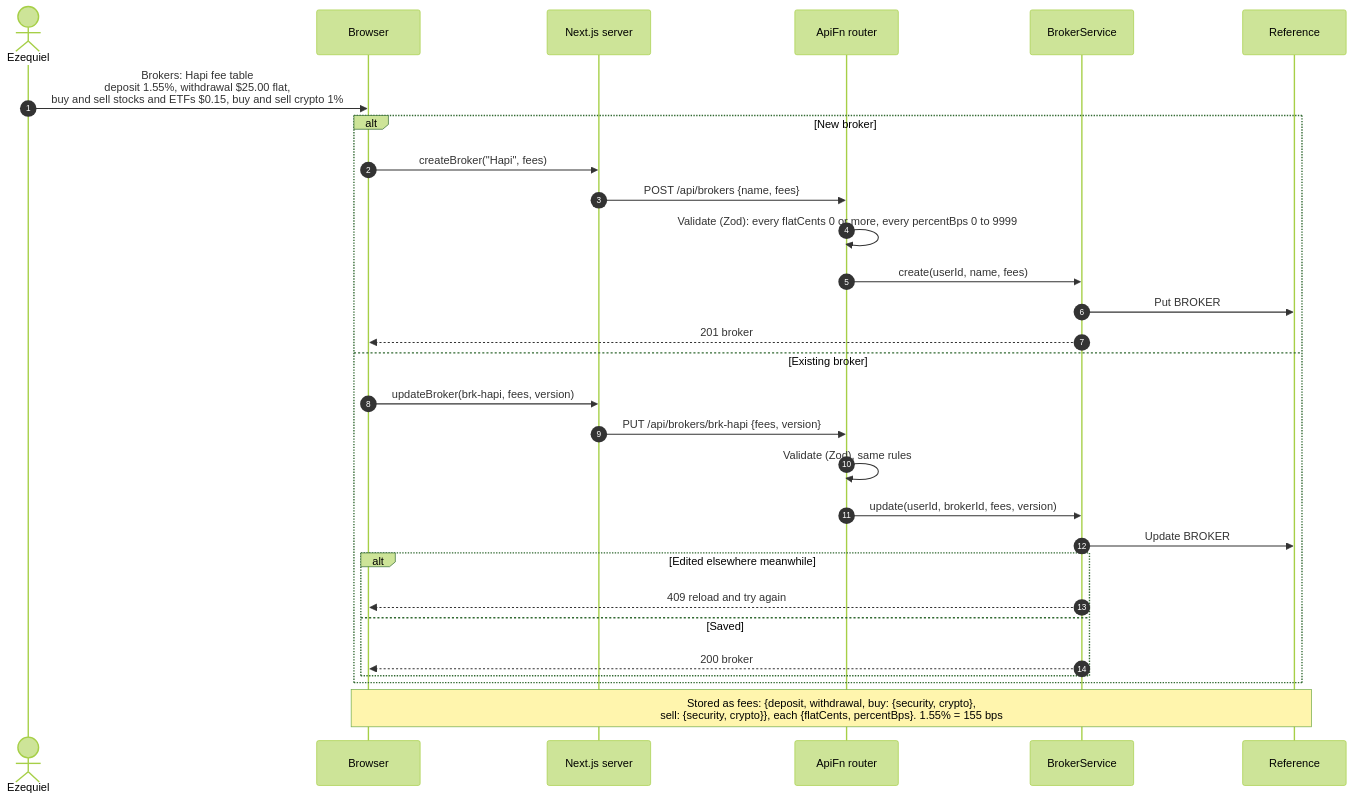
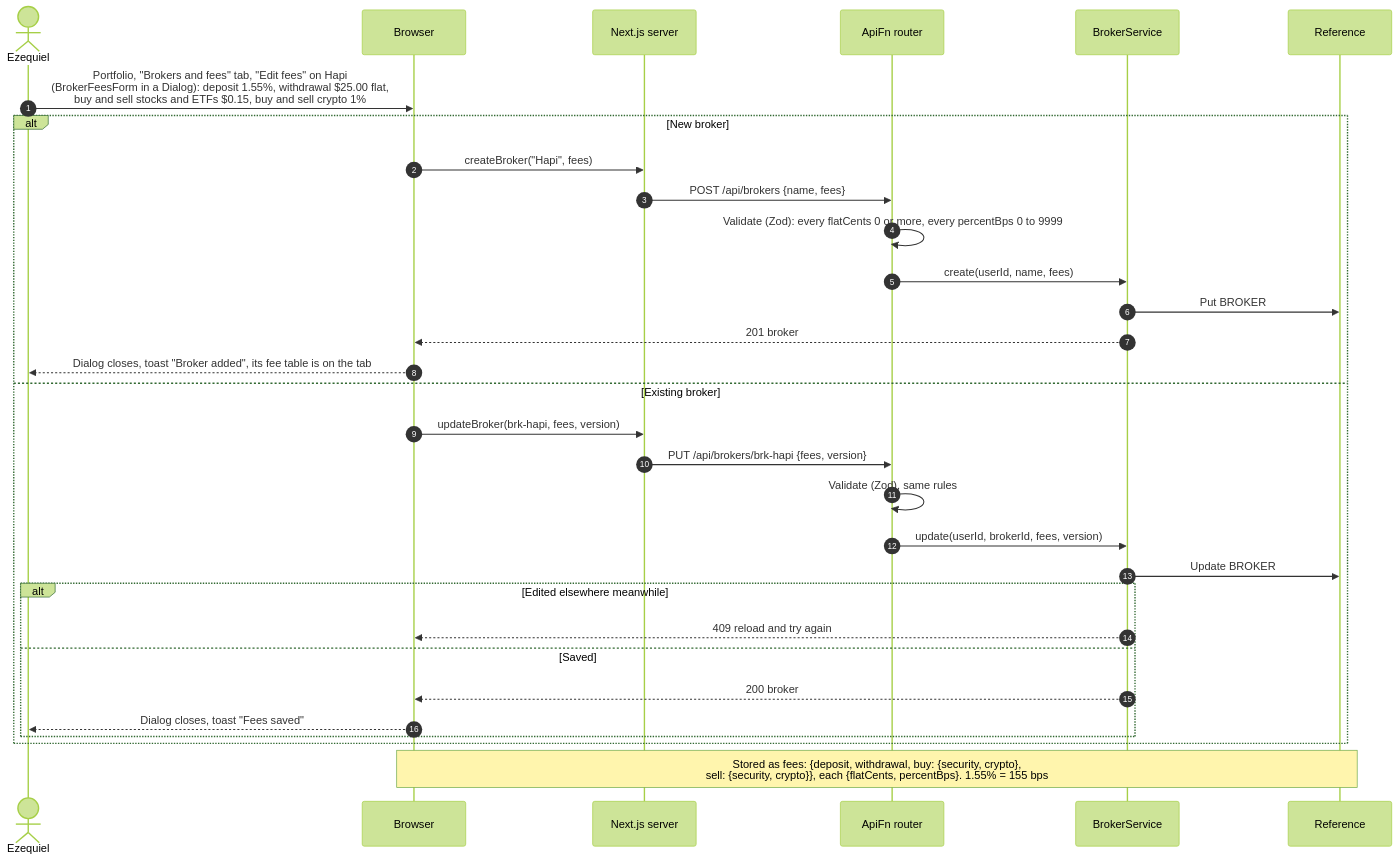
One commit to Ezequiel294/cs3365-finance-app changed the fourth of 6 diagrams in docs/diagrams/sequences/07-investments-and-net-worth.md. Above: the diagram before and after it, drawn with Mermaid (forest theme). The commit also changed other lines of this file and 18 other files, not shown here.

Commit message:
attempt 3 design/architecture changes

````diff
--- a/docs/diagrams/sequences/07-investments-and-net-worth.md
+++ b/docs/diagrams/sequences/07-investments-and-net-worth.md
@@ -168,32 +240,34 @@
 ```mermaid
 sequenceDiagram
     autonumber
     actor U as Ezequiel
     participant UI as Browser
     participant Web as Next.js server
     participant API as ApiFn router
     participant BrS as BrokerService
     participant Ref as Reference
 
-    U->>UI: Brokers: Hapi fee table<br/>deposit 1.55%, withdrawal $25.00 flat,<br/>buy and sell stocks and ETFs $0.15, buy and sell crypto 1%
+    U->>UI: Portfolio, "Brokers and fees" tab, "Edit fees" on Hapi<br/>(BrokerFeesForm in a Dialog): deposit 1.55%, withdrawal $25.00 flat,<br/>buy and sell stocks and ETFs $0.15, buy and sell crypto 1%
     alt New broker
         UI->>Web: createBroker("Hapi", fees)
         Web->>API: POST /api/brokers {name, fees}
         API->>API: Validate (Zod): every flatCents 0 or more, every percentBps 0 to 9999
         API->>BrS: create(userId, name, fees)
         BrS->>Ref: Put BROKER#id (version 1)
         BrS-->>UI: 201 broker
+        UI-->>U: Dialog closes, toast "Broker added", its fee table is on the tab
     else Existing broker
         UI->>Web: updateBroker(brk-hapi, fees, version)
         Web->>API: PUT /api/brokers/brk-hapi {fees, version}
         API->>API: Validate (Zod), same rules
         API->>BrS: update(userId, brokerId, fees, version)
         BrS->>Ref: Update BROKER#brk-hapi (version condition)
         alt Edited elsewhere meanwhile
             BrS-->>UI: 409 reload and try again
         else Saved
             BrS-->>UI: 200 broker
+            UI-->>U: Dialog closes, toast "Fees saved"
         end
     end
     Note over UI,Ref: Stored as fees: {deposit, withdrawal, buy: {security, crypto},<br/>sell: {security, crypto}}, each {flatCents, percentBps}. 1.55% = 155 bps
 ```
````
